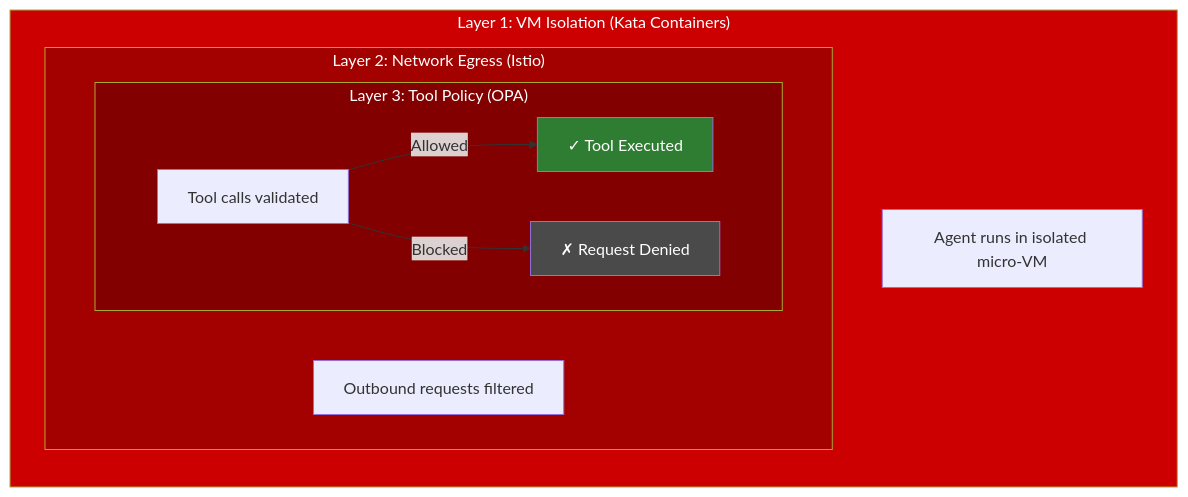
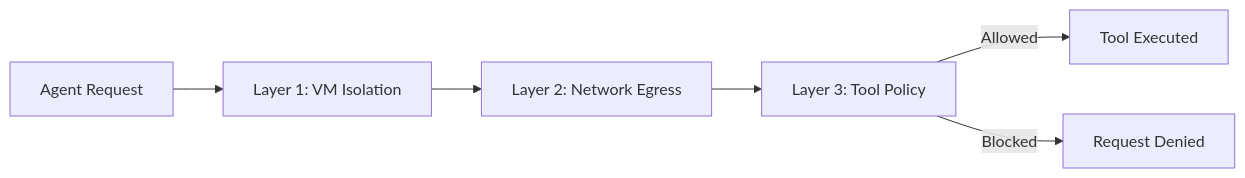
Before and after one commit to rrbanda/agent-sandbox-ocp: the first of 3 diagrams in docs/workshop/01-foundations/02-defense-in-depth.md, drawn with Mermaid. The commit also changed other lines of this file and 118 other files, not shown here.

````diff
--- a/docs/workshop/01-foundations/02-defense-in-depth.md
+++ b/docs/workshop/01-foundations/02-defense-in-depth.md
@@ -9,23 +7,8 @@
 ```mermaid
-flowchart TD
-    subgraph L1["Layer 1: VM Isolation (Kata Containers)"]
-        direction TB
-        A["Agent runs in isolated micro-VM"]
-        
-        subgraph L2["Layer 2: Network Egress (Istio)"]
-            B["Outbound requests filtered"]
-            
-            subgraph L3["Layer 3: Tool Policy (OPA)"]
-                C["Tool calls validated"]
-                C -->|Allowed| D["✓ Tool Executed"]
-                C -->|Blocked| E["✗ Request Denied"]
-            end
-        end
-    end
-    
-    style L1 fill:#CC0000,color:#FFFFFF
-    style L2 fill:#A30000,color:#FFFFFF
-    style L3 fill:#820000,color:#FFFFFF
-    style D fill:#2E7D32,color:#FFFFFF
-    style E fill:#4A4A4A,color:#FFFFFF
+flowchart LR
+    A["Agent Request"] --> L1["Layer 1: VM Isolation"]
+    L1 --> L2["Layer 2: Network Egress"]
+    L2 --> L3["Layer 3: Tool Policy"]
+    L3 -->|Allowed| D["Tool Executed"]
+    L3 -->|Blocked| E["Request Denied"]
 ```
````
